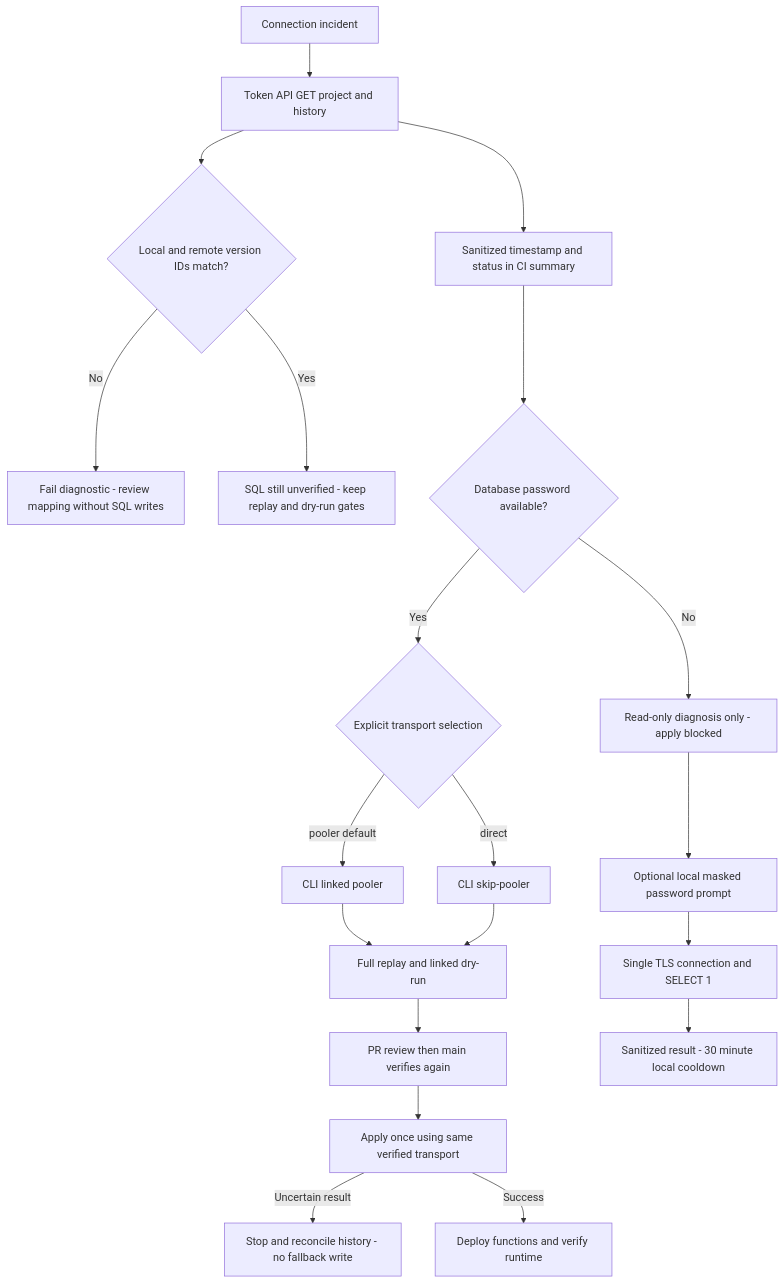
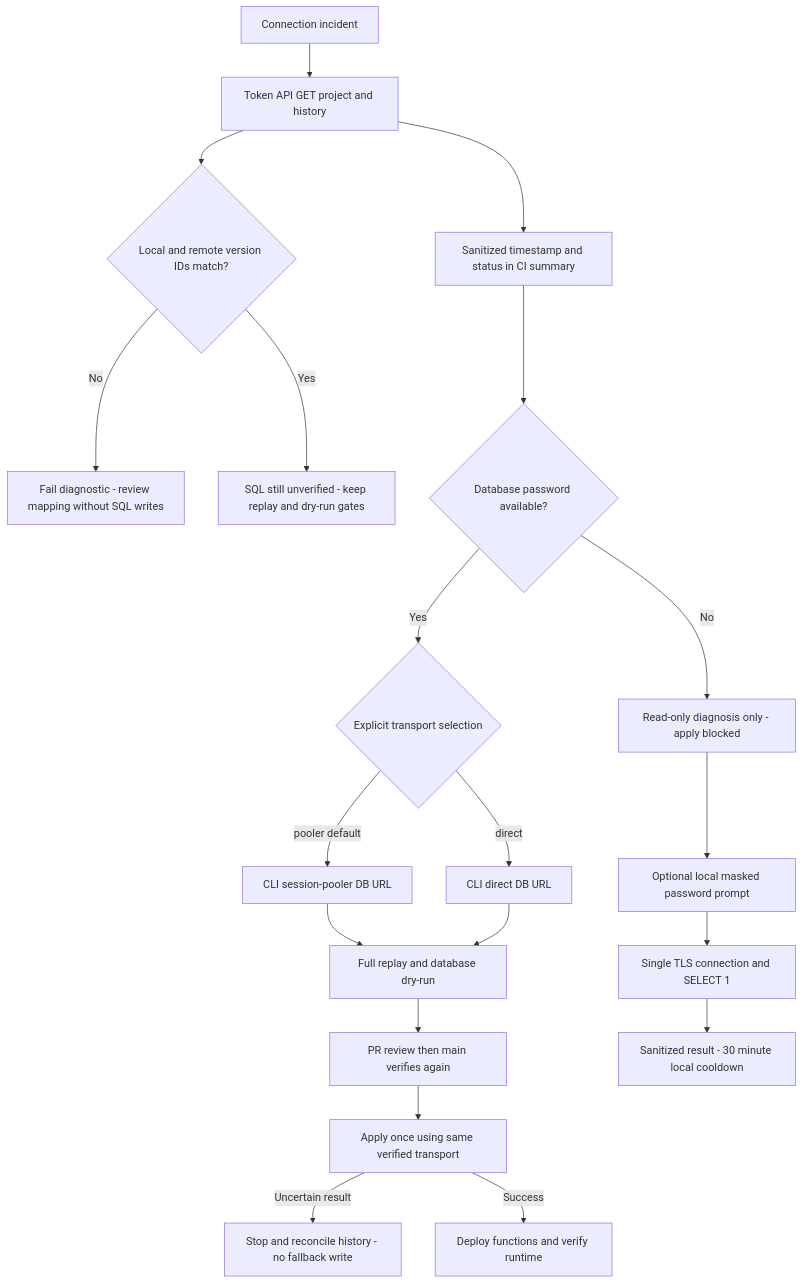
One commit to paramonjong-afk/WisdomAI changed the diagram in docs/SUPABASE_CONNECTION_RECOVERY.md. Above: the diagram before and after it, drawn with Mermaid. The commit also changed other lines of this file and 3 other files, not shown here.

Commit message:
fix(SYS-CICD-001): use guarded database URL for migration CI

````diff
--- a/docs/SUPABASE_CONNECTION_RECOVERY.md
+++ b/docs/SUPABASE_CONNECTION_RECOVERY.md
@@ -1,22 +1,22 @@
 ```mermaid
 flowchart TD
   A[Connection incident] --> B[Token API GET project and history]
   B --> C[Sanitized timestamp and status in CI summary]
   B --> R{Local and remote version IDs match?}
   R -->|No| S[Fail diagnostic - review mapping without SQL writes]
   R -->|Yes| T[SQL still unverified - keep replay and dry-run gates]
   C --> D{Database password available?}
   D -->|No| E[Read-only diagnosis only - apply blocked]
   D -->|Yes| F{Explicit transport selection}
-  F -->|pooler default| G[CLI linked pooler]
-  F -->|direct| H[CLI skip-pooler]
-  G --> I[Full replay and linked dry-run]
+  F -->|pooler default| G[CLI session-pooler DB URL]
+  F -->|direct| H[CLI direct DB URL]
+  G --> I[Full replay and database dry-run]
   H --> I
   I --> J[PR review then main verifies again]
   J --> K[Apply once using same verified transport]
   K -->|Uncertain result| L[Stop and reconcile history - no fallback write]
   K -->|Success| M[Deploy functions and verify runtime]
   E --> N[Optional local masked password prompt]
   N --> O[Single TLS connection and SELECT 1]
   O --> P[Sanitized result - 30 minute local cooldown]
 ```
````
